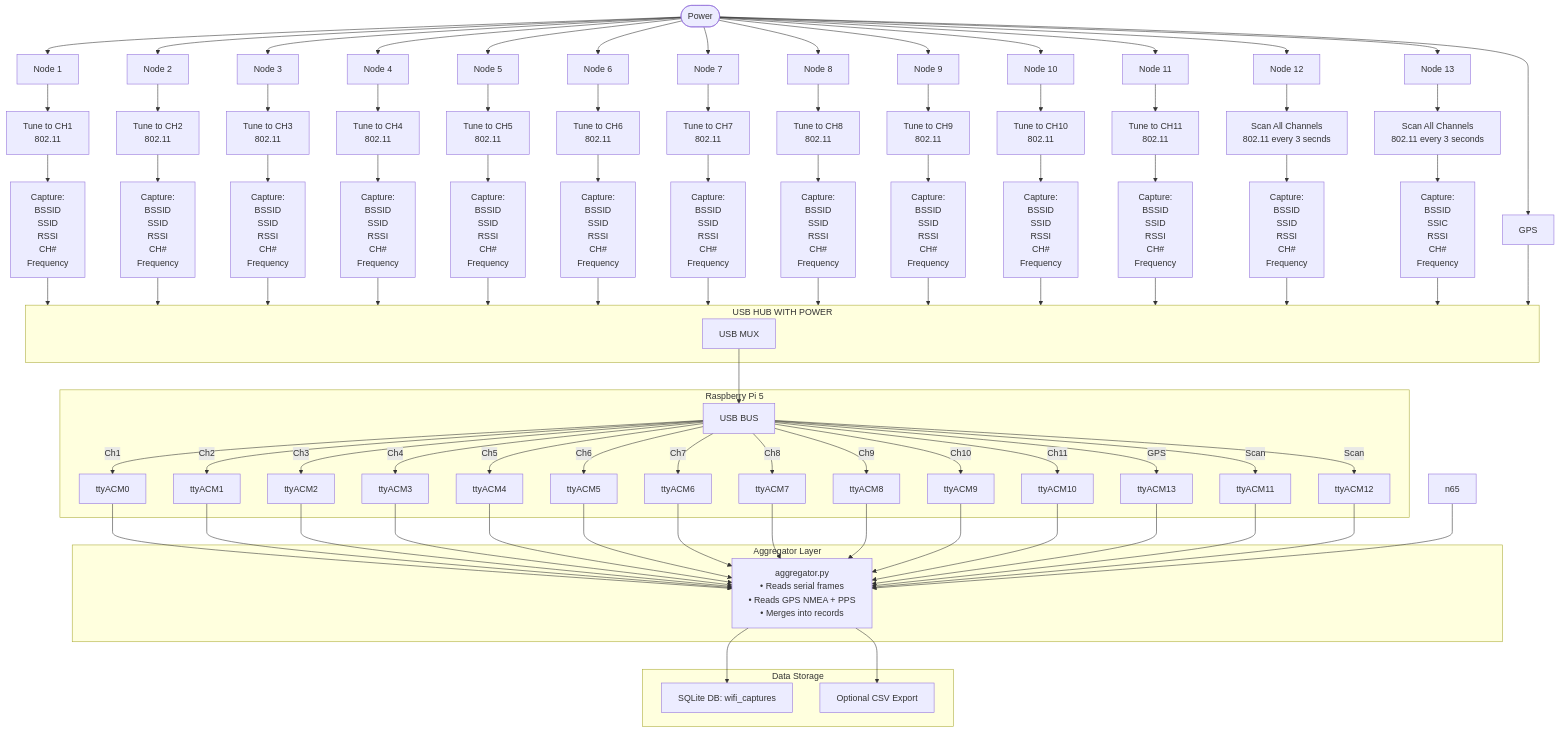
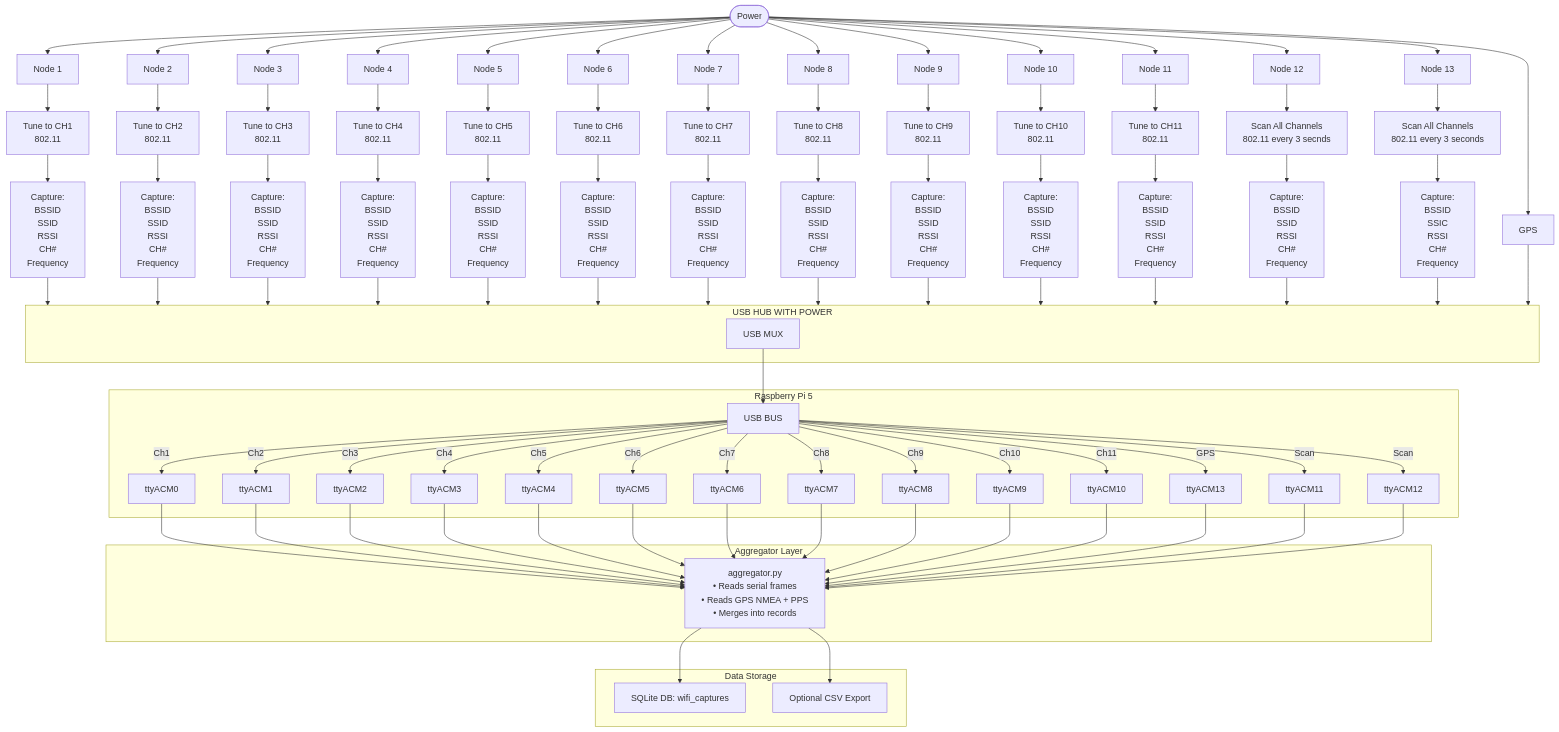
One commit to sbejarano/WiFi_Promiscuous changed the second of 2 diagrams in Readme.md. Above: the diagram before and after it, drawn with Mermaid.

````diff
--- a/Readme.md
+++ b/Readme.md
@@ -122,5 +122,5 @@
 ```mermaid
- flowchart TD
+flowchart TD
  subgraph s1["USB HUB WITH POWER"]
         n40["USB MUX"]
   end
@@ -243,7 +243,7 @@
   end
 
   %% Flow into processing and storage
-  n42 & n43 & n44 & n45 & n46 & n47 & n48 & n49 & n50 & n52 & n53 & n55 & n63 & n64 & n65 --> agg
+  n42 & n43 & n44 & n45 & n46 & n47 & n48 & n49 & n50 & n52 & n53 & n55 & n63 & n64 --> agg
   agg --> db
   agg --> csv
 
````
